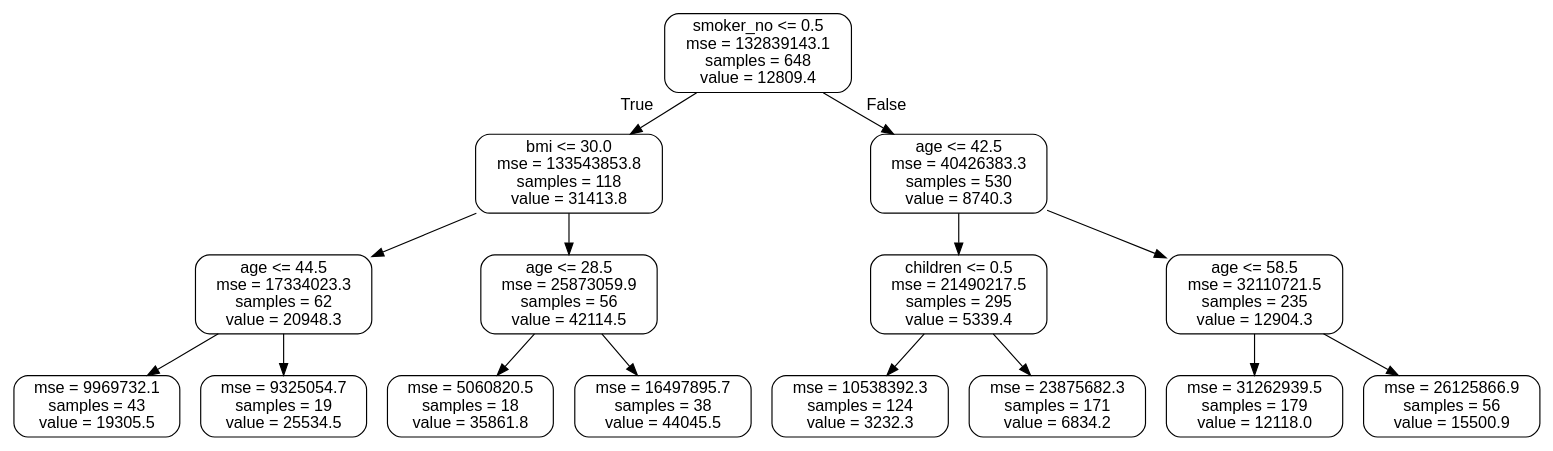
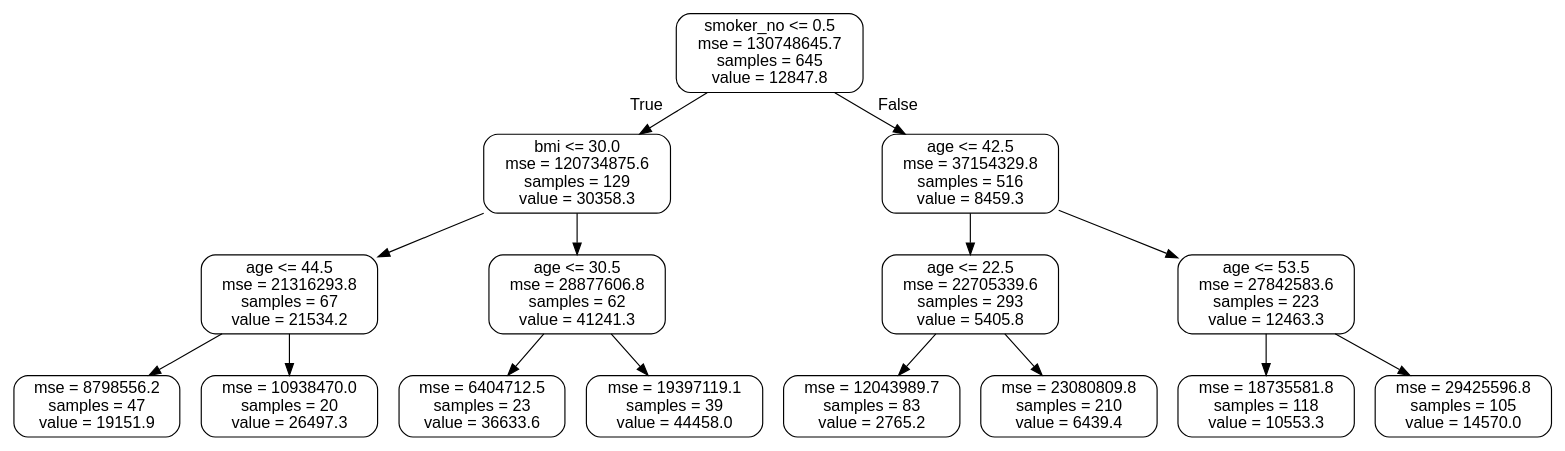
One commit to jasonzelaya/Health-Insurance-Cost-Forecast changed the diagram in small_tree.dot. Above: the diagram before and after it, drawn with Graphviz. The commit also changed 5 other files, not shown here.

Commit message:
some graph code

```diff
--- a/small_tree.dot
+++ b/small_tree.dot
@@ -1,33 +1,33 @@
 digraph Tree {
 node [shape=box, style="rounded", color="black", fontname=helvetica] ;
 edge [fontname=helvetica] ;
-0 [label="smoker_no <= 0.5\nmse = 132839143.1\nsamples = 648\nvalue = 12809.4"] ;
-1 [label="bmi <= 30.0\nmse = 133543853.8\nsamples = 118\nvalue = 31413.8"] ;
+0 [label="smoker_no <= 0.5\nmse = 130748645.7\nsamples = 645\nvalue = 12847.8"] ;
+1 [label="bmi <= 30.0\nmse = 120734875.6\nsamples = 129\nvalue = 30358.3"] ;
 0 -> 1 [labeldistance=2.5, labelangle=45, headlabel="True"] ;
-2 [label="age <= 44.5\nmse = 17334023.3\nsamples = 62\nvalue = 20948.3"] ;
+2 [label="age <= 44.5\nmse = 21316293.8\nsamples = 67\nvalue = 21534.2"] ;
 1 -> 2 ;
-3 [label="mse = 9969732.1\nsamples = 43\nvalue = 19305.5"] ;
+3 [label="mse = 8798556.2\nsamples = 47\nvalue = 19151.9"] ;
 2 -> 3 ;
-4 [label="mse = 9325054.7\nsamples = 19\nvalue = 25534.5"] ;
+4 [label="mse = 10938470.0\nsamples = 20\nvalue = 26497.3"] ;
 2 -> 4 ;
-5 [label="age <= 28.5\nmse = 25873059.9\nsamples = 56\nvalue = 42114.5"] ;
+5 [label="age <= 30.5\nmse = 28877606.8\nsamples = 62\nvalue = 41241.3"] ;
 1 -> 5 ;
-6 [label="mse = 5060820.5\nsamples = 18\nvalue = 35861.8"] ;
+6 [label="mse = 6404712.5\nsamples = 23\nvalue = 36633.6"] ;
 5 -> 6 ;
-7 [label="mse = 16497895.7\nsamples = 38\nvalue = 44045.5"] ;
+7 [label="mse = 19397119.1\nsamples = 39\nvalue = 44458.0"] ;
 5 -> 7 ;
-8 [label="age <= 42.5\nmse = 40426383.3\nsamples = 530\nvalue = 8740.3"] ;
+8 [label="age <= 42.5\nmse = 37154329.8\nsamples = 516\nvalue = 8459.3"] ;
 0 -> 8 [labeldistance=2.5, labelangle=-45, headlabel="False"] ;
-9 [label="children <= 0.5\nmse = 21490217.5\nsamples = 295\nvalue = 5339.4"] ;
+9 [label="age <= 22.5\nmse = 22705339.6\nsamples = 293\nvalue = 5405.8"] ;
 8 -> 9 ;
-10 [label="mse = 10538392.3\nsamples = 124\nvalue = 3232.3"] ;
+10 [label="mse = 12043989.7\nsamples = 83\nvalue = 2765.2"] ;
 9 -> 10 ;
-11 [label="mse = 23875682.3\nsamples = 171\nvalue = 6834.2"] ;
+11 [label="mse = 23080809.8\nsamples = 210\nvalue = 6439.4"] ;
 9 -> 11 ;
-12 [label="age <= 58.5\nmse = 32110721.5\nsamples = 235\nvalue = 12904.3"] ;
+12 [label="age <= 53.5\nmse = 27842583.6\nsamples = 223\nvalue = 12463.3"] ;
 8 -> 12 ;
-13 [label="mse = 31262939.5\nsamples = 179\nvalue = 12118.0"] ;
+13 [label="mse = 18735581.8\nsamples = 118\nvalue = 10553.3"] ;
 12 -> 13 ;
-14 [label="mse = 26125866.9\nsamples = 56\nvalue = 15500.9"] ;
+14 [label="mse = 29425596.8\nsamples = 105\nvalue = 14570.0"] ;
 12 -> 14 ;
 }
```
